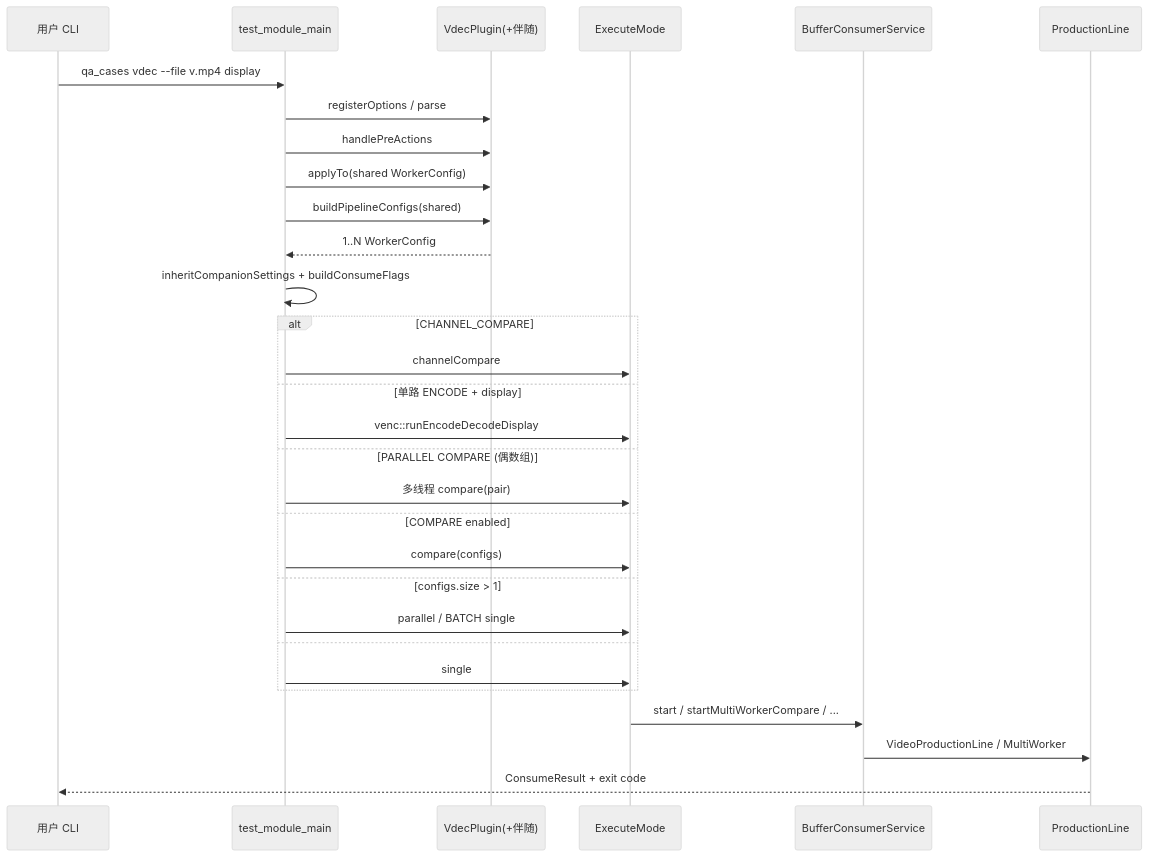
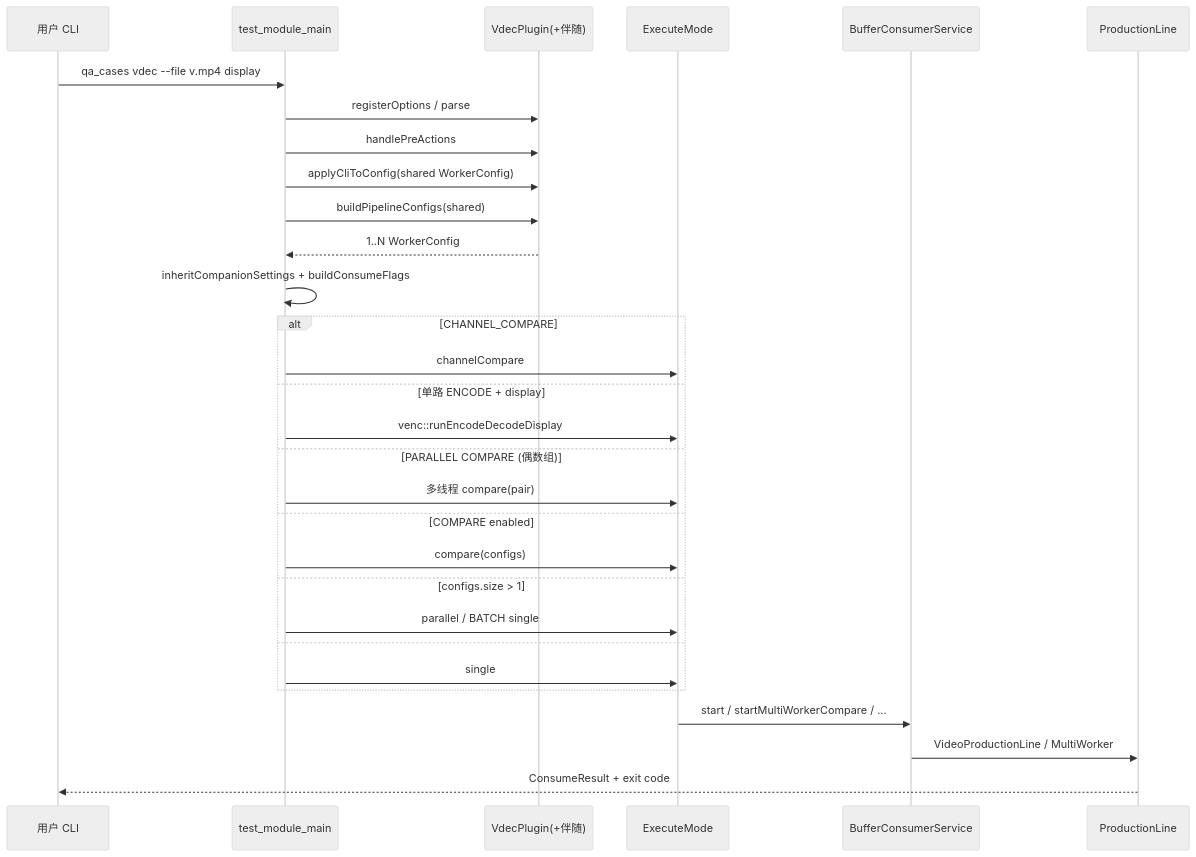
Before and after one commit to luoxiafeng-1990/components: the first of 2 diagrams in doc/wiki/ExecuteMode-Routing.md, drawn with Mermaid (neutral theme). The commit also changed 40 other files, not shown here.

First line of the commit message:
refactor(plugins): rename applyTo → applyCliToConfig

````diff
--- a/doc/wiki/ExecuteMode-Routing.md
+++ b/doc/wiki/ExecuteMode-Routing.md
@@ -9,33 +9,33 @@
 ```mermaid
 sequenceDiagram
   participant U as 用户 CLI
   participant M as test_module_main
   participant P as VdecPlugin(+伴随)
   participant E as ExecuteMode
   participant S as BufferConsumerService
   participant L as ProductionLine
 
   U->>M: qa_cases vdec --file v.mp4 display
   M->>P: registerOptions / parse
   M->>P: handlePreActions
-  M->>P: applyTo(shared WorkerConfig)
+  M->>P: applyCliToConfig(shared WorkerConfig)
   M->>P: buildPipelineConfigs(shared)
   P-->>M: 1..N WorkerConfig
   M->>M: inheritCompanionSettings + buildConsumeFlags
   alt CHANNEL_COMPARE
     M->>E: channelCompare
   else 单路 ENCODE + display
     M->>E: venc::runEncodeDecodeDisplay
   else PARALLEL COMPARE (偶数组)
     M->>E: 多线程 compare(pair)
   else COMPARE enabled
     M->>E: compare(configs)
   else configs.size > 1
     M->>E: parallel / BATCH single
   else
     M->>E: single
   end
   E->>S: start / startMultiWorkerCompare / ...
   S->>L: VideoProductionLine / MultiWorker
   L-->>U: ConsumeResult + exit code
 ```
````
